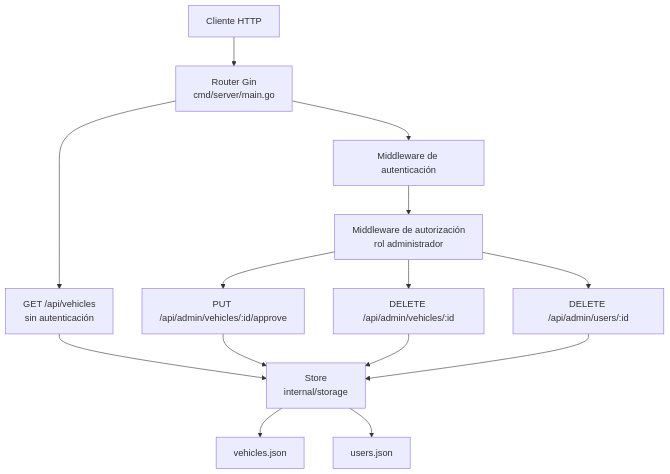
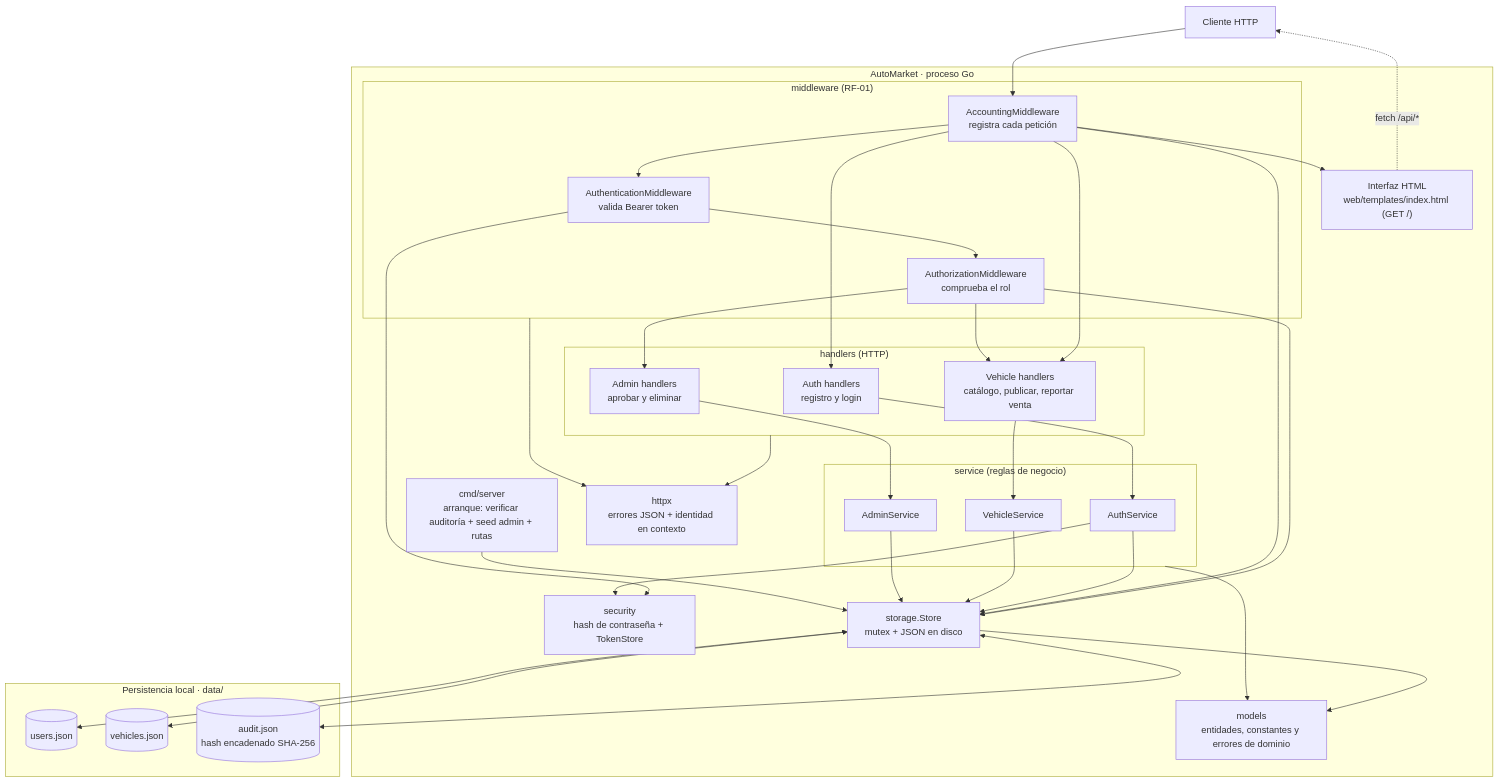
Before and after one commit to TheHostEagle/AAA_Work: the diagram in docs/diagrama-estructura.mmd, drawn with Mermaid. The commit also changed 28 other files, not shown here.

Commit message:
limpieza y correcciones + interfaz web

```diff
--- a/docs/diagrama-estructura.mmd
+++ b/docs/diagrama-estructura.mmd
@@ -1,25 +1,58 @@
-flowchart TD
+flowchart TB
     Cliente["Cliente HTTP"]
-    Gin["Router Gin<br/>cmd/server/main.go"]
-    Publico["GET /api/vehicles<br/>sin autenticación"]
-    Auth["Middleware de autenticación"]
-    Rol["Middleware de autorización<br/>rol administrador"]
-    Aprobar["PUT /api/admin/vehicles/:id/approve"]
-    BorrarVehiculo["DELETE /api/admin/vehicles/:id"]
-    BorrarUsuario["DELETE /api/admin/users/:id"]
-    Store["Store<br/>internal/storage"]
-    Vehiculos["vehicles.json"]
-    Usuarios["users.json"]
+    subgraph Aplicacion["AutoMarket · proceso Go"]
+        Startup["cmd/server<br/>arranque: verificar auditoría + seed admin + rutas"]
+        subgraph MW["middleware (RF-01)"]
+            Acc["AccountingMiddleware<br/>registra cada petición"]
+            Authn["AuthenticationMiddleware<br/>valida Bearer token"]
+            Authz["AuthorizationMiddleware<br/>comprueba el rol"]
+        end
+        subgraph H["handlers (HTTP)"]
+            AuthH["Auth handlers<br/>registro y login"]
+            VehH["Vehicle handlers<br/>catálogo, publicar, reportar venta"]
+            AdmH["Admin handlers<br/>aprobar y eliminar"]
+        end
+        WebUI["Interfaz HTML<br/>web/templates/index.html (GET /)"]
+        Httpx["httpx<br/>errores JSON + identidad en contexto"]
+        subgraph S["service (reglas de negocio)"]
+            AuthS["AuthService"]
+            VehS["VehicleService"]
+            AdmS["AdminService"]
+        end
+        Sec["security<br/>hash de contraseña + TokenStore"]
+        Models["models<br/>entidades, constantes y errores de dominio"]
+        Store["storage.Store<br/>mutex + JSON en disco"]
+    end
+    subgraph Archivos["Persistencia local · data/"]
+        Users[("users.json")]
+        Vehicles[("vehicles.json")]
+        Audit[("audit.json<br/>hash encadenado SHA-256")]
+    end
 
-    Cliente --> Gin
-    Gin --> Publico
-    Gin --> Auth --> Rol
-    Rol --> Aprobar
-    Rol --> BorrarVehiculo
-    Rol --> BorrarUsuario
-    Publico --> Store
-    Aprobar --> Store
-    BorrarVehiculo --> Store
-    BorrarUsuario --> Store
-    Store --> Vehiculos
-    Store --> Usuarios
+    Cliente --> Acc
+    Acc --> WebUI
+    WebUI -. "fetch /api/*" .-> Cliente
+    Acc --> AuthH
+    Acc --> VehH
+    Acc --> Authn
+    Authn --> Authz
+    Authz --> VehH
+    Authz --> AdmH
+    Authn --> Sec
+    Authz --> Store
+    Acc --> Store
+    AuthH --> AuthS
+    VehH --> VehS
+    AdmH --> AdmS
+    AuthS --> Sec
+    AuthS --> Store
+    VehS --> Store
+    AdmS --> Store
+    H --> Httpx
+    MW --> Httpx
+    Startup --> Store
+    Store --> Models
+    S --> Models
+    Store <--> Users
+    Store <--> Vehicles
+    Store <--> Audit
```
